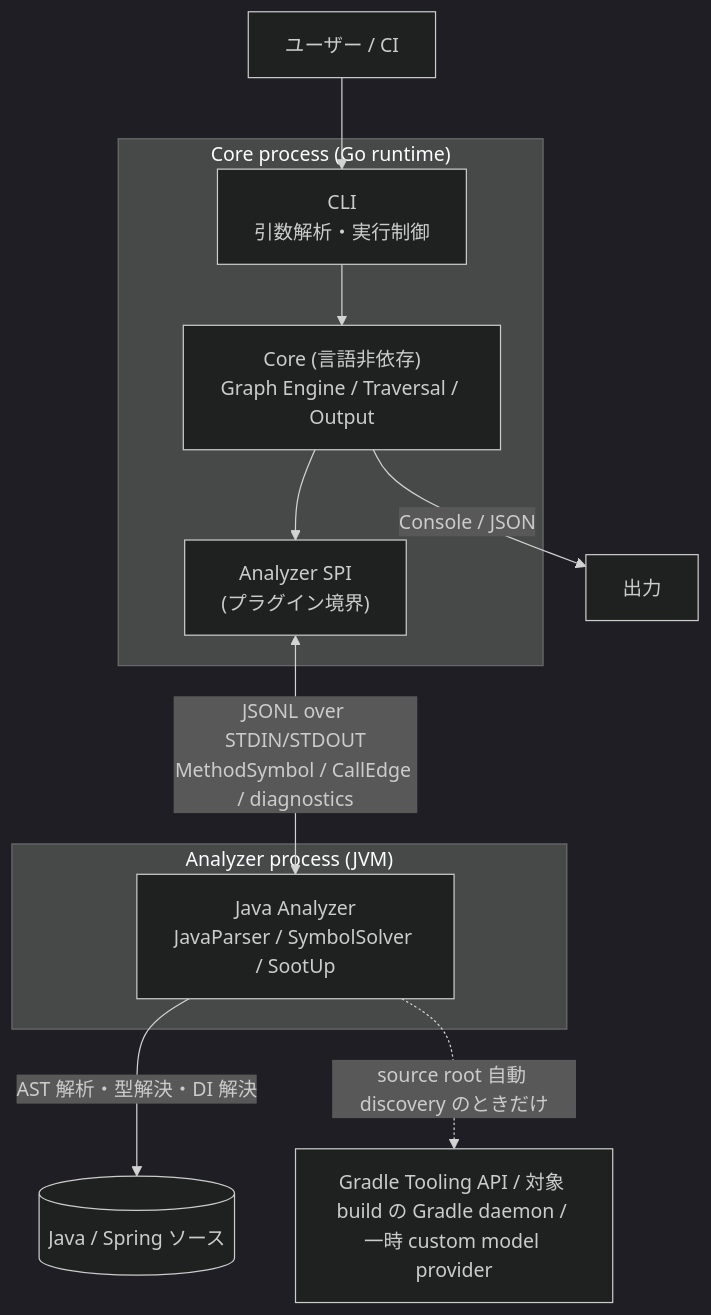
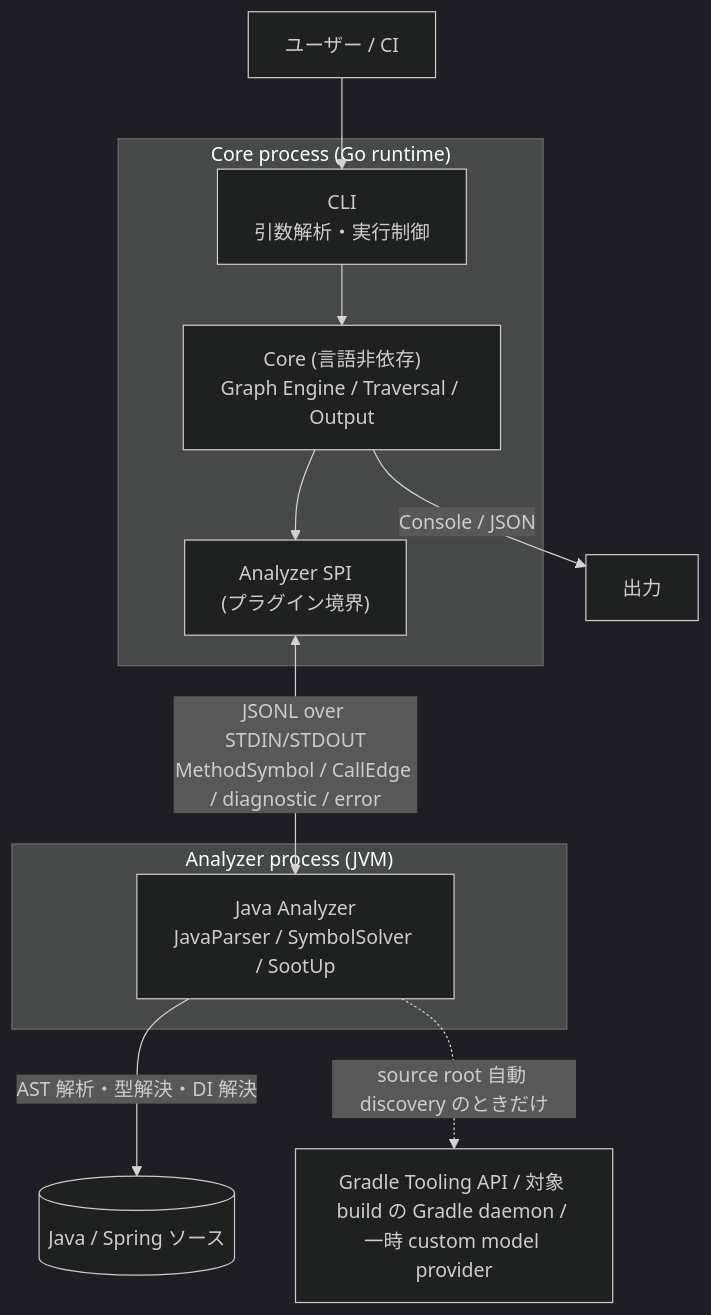
The first of 3 diagrams in design/DesignDoc.md (Fukuemon/depwalk), drawn with Mermaid (dark theme) before and after one commit. The commit also changed other lines of this file and 21 other files, not shown here.

````diff
--- a/design/DesignDoc.md
+++ b/design/DesignDoc.md
@@ -63,18 +64,18 @@
 ```mermaid
 flowchart TD
     user["ユーザー / CI"] --> cli
     subgraph core_proc["Core process (Go runtime)"]
         cli["CLI<br/>引数解析・実行制御"]
         core["Core (言語非依存)<br/>Graph Engine / Traversal / Output"]
         spi["Analyzer SPI<br/>(プラグイン境界)"]
         cli --> core
         core --> spi
     end
     subgraph analyzer_proc["Analyzer process (JVM)"]
         ja["Java Analyzer<br/>JavaParser / SymbolSolver / SootUp"]
     end
-    spi <-->|"JSONL over STDIN/STDOUT<br/>MethodSymbol / CallEdge / diagnostics"| ja
+    spi <-->|"JSONL over STDIN/STDOUT<br/>MethodSymbol / CallEdge / diagnostic / error"| ja
     ja -->|"AST 解析・型解決・DI 解決"| src[("Java / Spring ソース")]
     ja -.->|"source root 自動 discovery のときだけ"| gradle["Gradle Tooling API / 対象 build の Gradle daemon / 一時 custom model provider"]
     core -->|"Console / JSON"| out["出力"]
 ```
````
